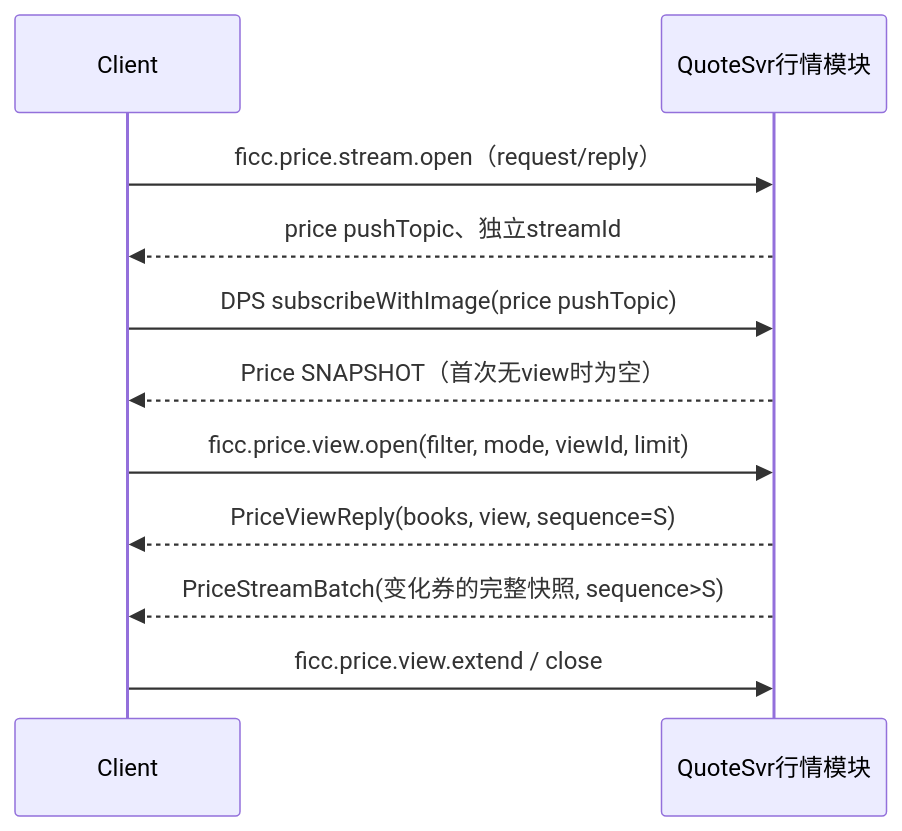
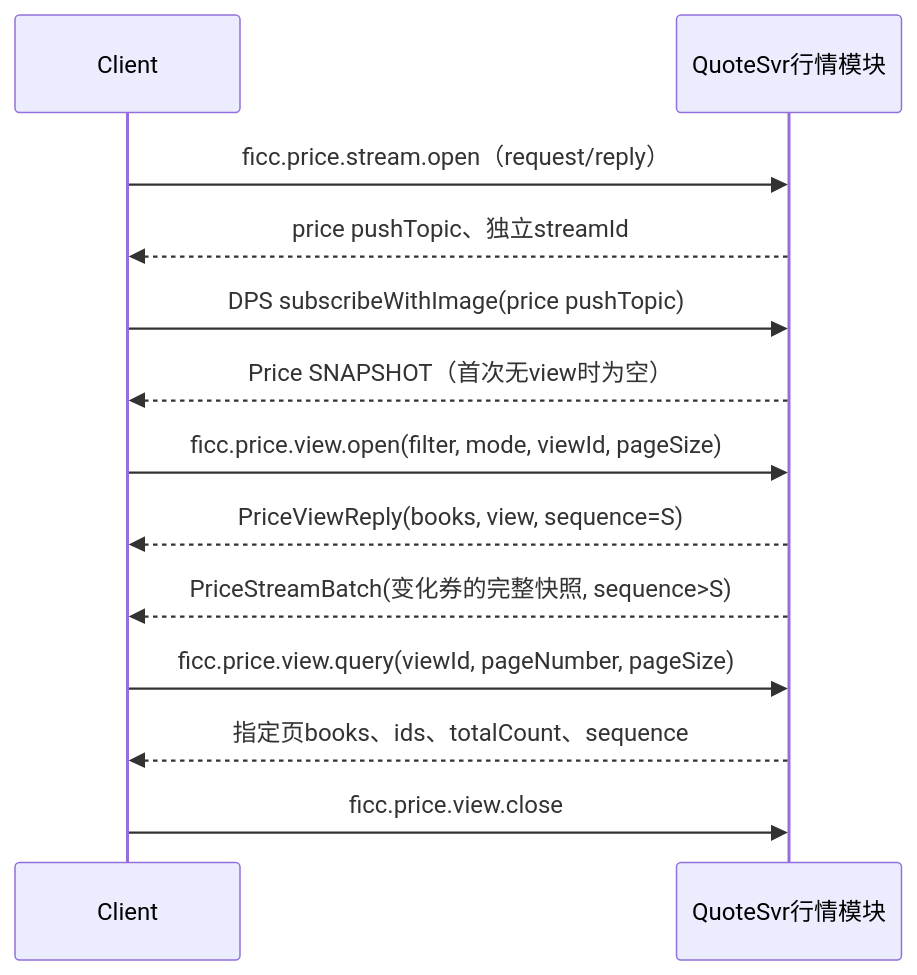
Before and after one commit to stepinto163/cczq-salestrading: the second of 2 diagrams in docs/ficc-api-spec.zh-CN.md, drawn with Mermaid. The commit also changed other lines of this file and 37 other files, not shown here.

````diff
--- a/docs/ficc-api-spec.zh-CN.md
+++ b/docs/ficc-api-spec.zh-CN.md
@@ -3806,13 +3849,15 @@
 ```mermaid
 sequenceDiagram
     participant C as Client
     participant P as QuoteSvr行情模块
     C->>P: ficc.price.stream.open（request/reply）
     P-->>C: price pushTopic、独立streamId
     C->>P: DPS subscribeWithImage(price pushTopic)
     P-->>C: Price SNAPSHOT（首次无view时为空）
-    C->>P: ficc.price.view.open(filter, mode, viewId, limit)
+    C->>P: ficc.price.view.open(filter, mode, viewId, pageSize)
     P-->>C: PriceViewReply(books, view, sequence=S)
     P-->>C: PriceStreamBatch(变化券的完整快照, sequence>S)
-    C->>P: ficc.price.view.extend / close
+    C->>P: ficc.price.view.query(viewId, pageNumber, pageSize)
+    P-->>C: 指定页books、ids、totalCount、sequence
+    C->>P: ficc.price.view.close
 ```
````
